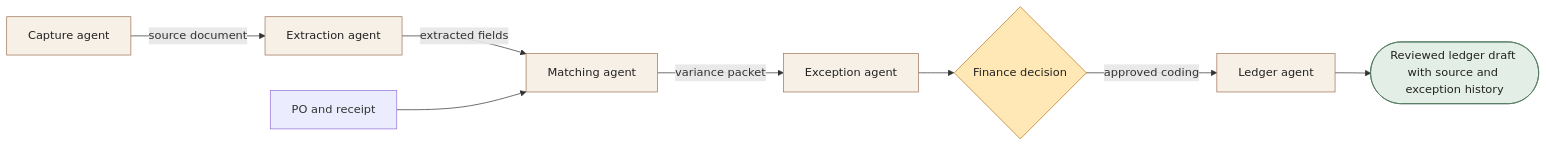
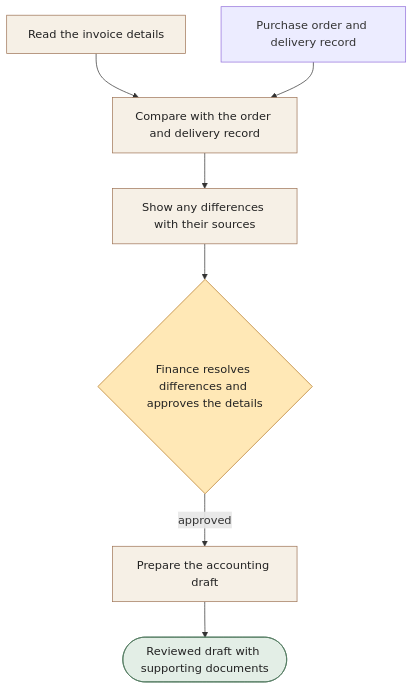
Before and after one commit to dextee/claude-code-agent-team-guide: the diagram in docs/workflows/invoice-processing.md, drawn with Mermaid. The commit also changed other lines of this file and 28 other files, not shown here.

````diff
--- a/docs/workflows/invoice-processing.md
+++ b/docs/workflows/invoice-processing.md
@@ -23,23 +27,21 @@
 ```mermaid
-flowchart LR
-A["Capture agent"]
-B["Extraction agent"]
-C["Matching agent"]
-D["Exception agent"]
-E["Ledger agent"]
-H{"Finance decision"}
-O(["Reviewed ledger draft with source and exception history"])
-A -->|source document| B
-B -->|extracted fields| C
-P["PO and receipt"] --> C
-C -->|variance packet| D
-D --> H
-H -->|approved coding| E
-E --> O
-classDef agent fill:#f6f0e6,stroke:#9f7557,color:#222222
+flowchart TD
+A["Read the invoice details"]
+B["Compare with the order and delivery record"]
+C["Show any differences with their sources"]
+H{"Finance resolves differences and approves the details"}
+D["Prepare the accounting draft"]
+O(["Reviewed draft with supporting documents"])
+A --> B
+P["Purchase order and delivery record"] --> B
+B --> C
+C --> H
+H -->|approved| D
+D --> O
+classDef assistant fill:#f6f0e6,stroke:#9f7557,color:#222222
 classDef human fill:#ffe8b6,stroke:#b57821,color:#222222
 classDef outcome fill:#e3eee6,stroke:#4e775c,color:#222222
-class A,B,C,D,E agent
+class A,B,C,D assistant
 class H human
 class O outcome
 ```
````
